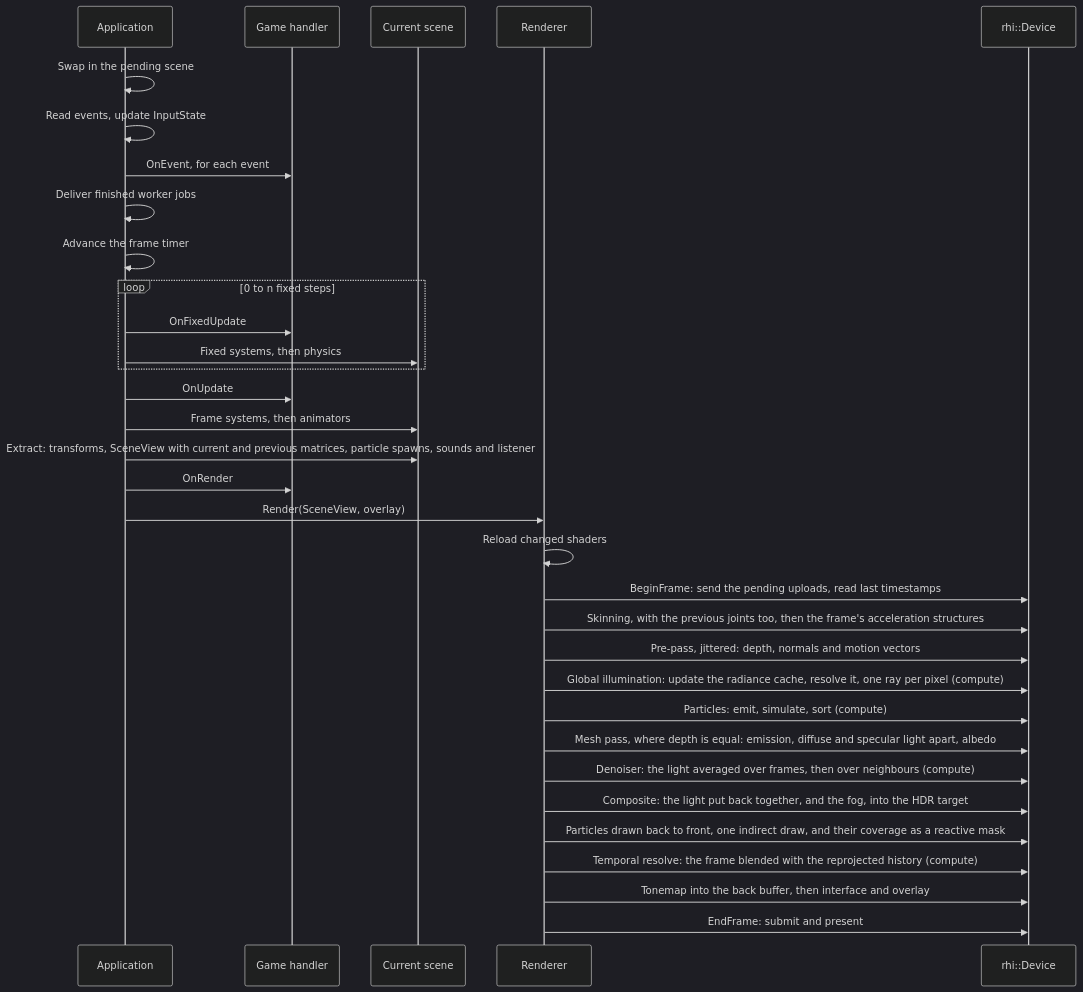
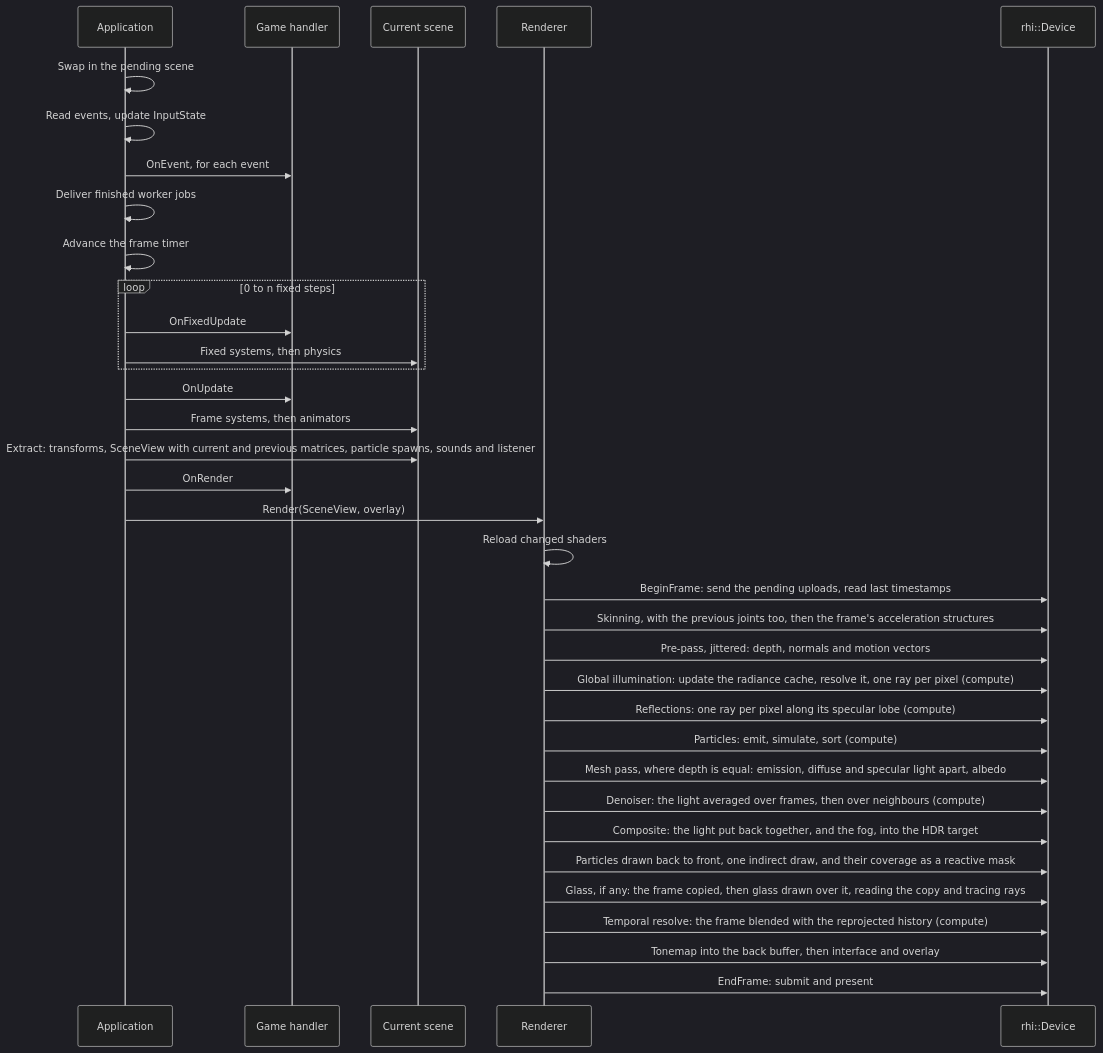
One commit to SBXdev3D/daidalos-engine-next changed the third of 12 diagrams in docs/ARCHITECTURE.md. Above: the diagram before and after it, drawn with Mermaid (dark theme). The commit also changed other lines of this file and 46 other files, not shown here.

First line of the commit message:
Phase 9.10: ray-traced reflections and glass (#33)

````diff
--- a/docs/ARCHITECTURE.md
+++ b/docs/ARCHITECTURE.md
@@ -67,36 +67,38 @@
 ```mermaid
 sequenceDiagram
     participant A as Application
     participant G as Game handler
     participant S as Current scene
     participant R as Renderer
     participant D as rhi::Device
 
     A->>A: Swap in the pending scene
     A->>A: Read events, update InputState
     A->>G: OnEvent, for each event
     A->>A: Deliver finished worker jobs
     A->>A: Advance the frame timer
     loop 0 to n fixed steps
         A->>G: OnFixedUpdate
         A->>S: Fixed systems, then physics
     end
     A->>G: OnUpdate
     A->>S: Frame systems, then animators
     A->>S: Extract: transforms, SceneView with current and previous matrices, particle spawns, sounds and listener
     A->>G: OnRender
     A->>R: Render(SceneView, overlay)
     R->>R: Reload changed shaders
     R->>D: BeginFrame: send the pending uploads, read last timestamps
     R->>D: Skinning, with the previous joints too, then the frame's acceleration structures
     R->>D: Pre-pass, jittered: depth, normals and motion vectors
     R->>D: Global illumination: update the radiance cache, resolve it, one ray per pixel (compute)
+    R->>D: Reflections: one ray per pixel along its specular lobe (compute)
     R->>D: Particles: emit, simulate, sort (compute)
     R->>D: Mesh pass, where depth is equal: emission, diffuse and specular light apart, albedo
     R->>D: Denoiser: the light averaged over frames, then over neighbours (compute)
     R->>D: Composite: the light put back together, and the fog, into the HDR target
     R->>D: Particles drawn back to front, one indirect draw, and their coverage as a reactive mask
+    R->>D: Glass, if any: the frame copied, then glass drawn over it, reading the copy and tracing rays
     R->>D: Temporal resolve: the frame blended with the reprojected history (compute)
     R->>D: Tonemap into the back buffer, then interface and overlay
     R->>D: EndFrame: submit and present
 ```
````
